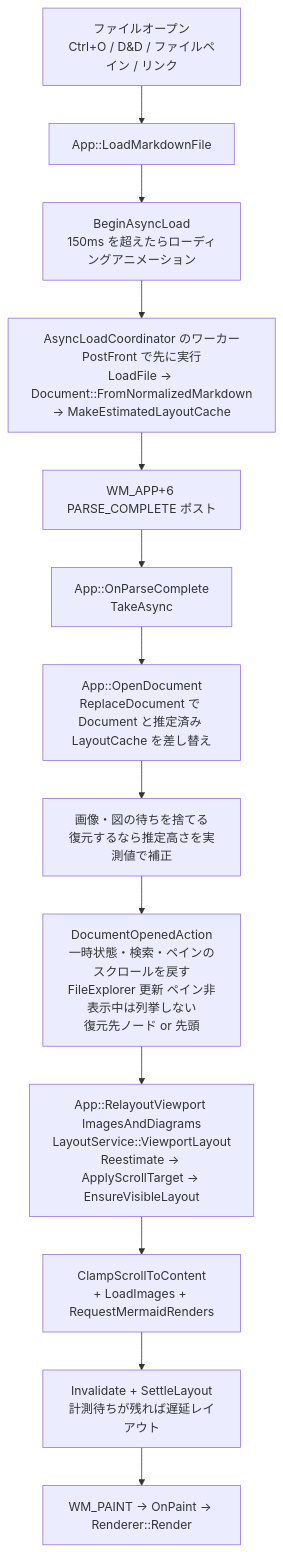
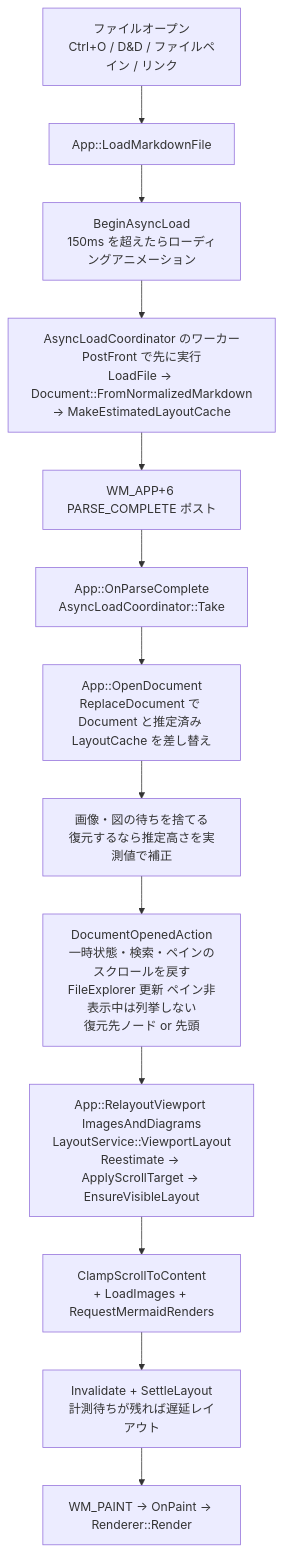
Before and after one commit to tanaton/mendo: diagram 18 of 27 in example/test.md, drawn with Mermaid. The commit also changed other lines of this file and 119 other files, not shown here.

````diff
--- a/example/test.md
+++ b/example/test.md
@@ -3085,16 +3128,16 @@
 ```mermaid
 flowchart TD
     TRIGGER[ファイルオープン<br>Ctrl+O / D&D / ファイルペイン / リンク] --> LMF[App::LoadMarkdownFile]
     LMF --> ASYNC[BeginAsyncLoad<br>150ms を超えたらローディングアニメーション]
     ASYNC --> WORKER[AsyncLoadCoordinator のワーカー<br>PostFront で先に実行<br>LoadFile → Document::FromNormalizedMarkdown<br>→ MakeEstimatedLayoutCache]
     WORKER --> POST[WM_APP+6 PARSE_COMPLETE ポスト]
-    POST --> OPC[App::OnParseComplete<br>TakeAsync]
+    POST --> OPC[App::OnParseComplete<br>AsyncLoadCoordinator::Take]
 
     OPC --> REPL[App::OpenDocument<br>ReplaceDocument で Document と推定済み LayoutCache を差し替え]
     REPL --> FIN[画像・図の待ちを捨てる<br>復元するなら推定高さを実測値で補正]
     FIN --> OPENED[DocumentOpenedAction<br>一時状態・検索・ペインのスクロールを戻す<br>FileExplorer 更新 ペイン非表示中は列挙しない<br>復元先ノード or 先頭]
     OPENED --> LAYOUT[App::RelayoutViewport ImagesAndDiagrams<br>LayoutService::ViewportLayout<br>Reestimate → ApplyScrollTarget → EnsureVisibleLayout]
     LAYOUT --> FINAL[ClampScrollToContent<br>+ LoadImages + RequestMermaidRenders]
     FINAL --> INVAL[Invalidate + SettleLayout<br>計測待ちが残れば遅延レイアウト]
     INVAL --> PAINT[WM_PAINT → OnPaint → Renderer::Render]
 ```
````
